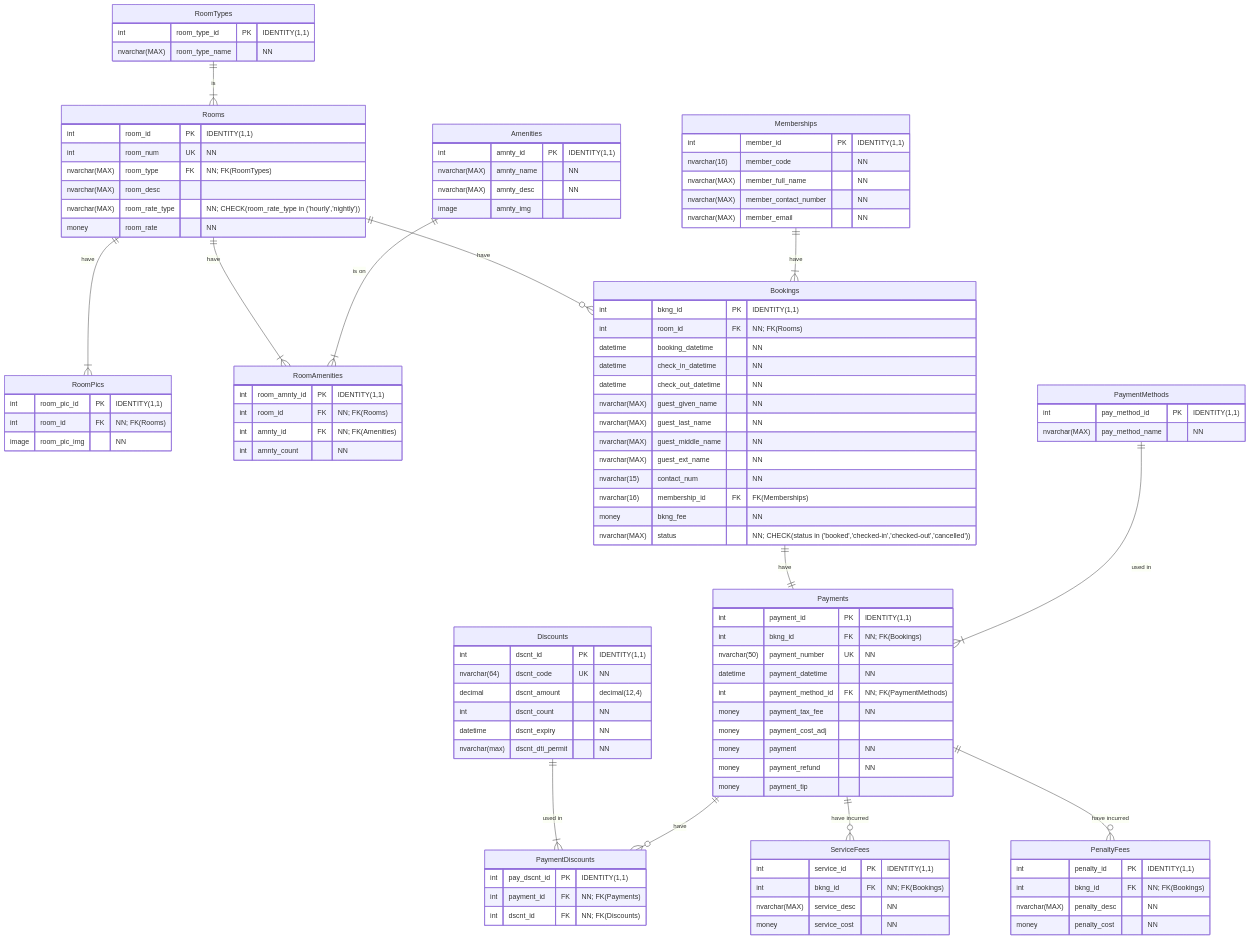
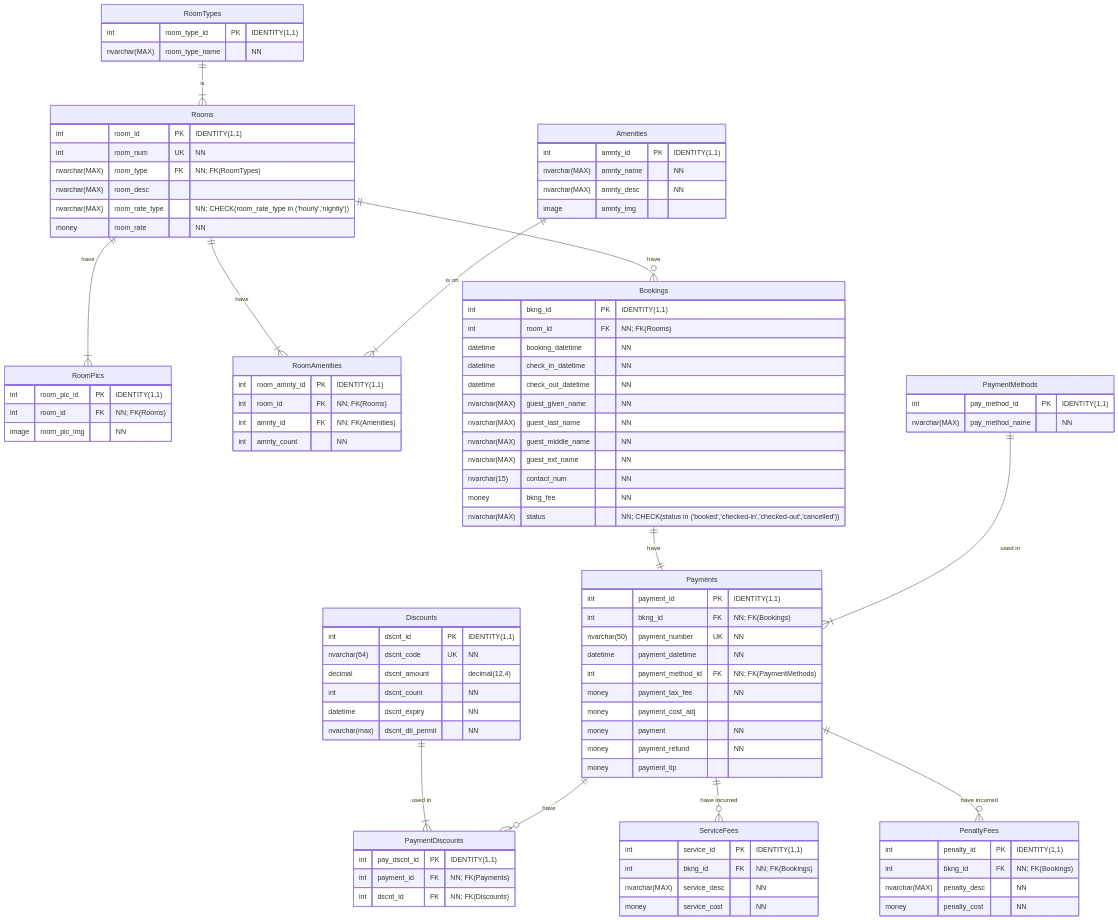
One commit to iooosef/mamamoo-hotel changed the diagram in docs/DatabaseDesign.md. Above: the diagram before and after it, drawn with Mermaid.

````diff
--- a/docs/DatabaseDesign.md
+++ b/docs/DatabaseDesign.md
@@ -41,7 +41,6 @@
         nvarchar(MAX) guest_middle_name "NN"
         nvarchar(MAX) guest_ext_name "NN"
         nvarchar(15) contact_num "NN"
-        nvarchar(16) membership_id FK "FK(Memberships)"
         money bkng_fee "NN"
         nvarchar(MAX) status "NN; CHECK(status in ('booked','checked-in','checked-out','cancelled'))"
     }
@@ -86,13 +85,6 @@
         int pay_method_id PK "IDENTITY(1,1)"
         nvarchar(MAX) pay_method_name "NN"
     }
-    Memberships {
-        int member_id PK "IDENTITY(1,1)"
-        nvarchar(16) member_code "NN"
-        nvarchar(MAX) member_full_name "NN"
-        nvarchar(MAX) member_contact_number "NN"
-        nvarchar(MAX) member_email "NN"
-    }
     RoomTypes ||--|{ Rooms  : "is"
     Rooms ||--|{ RoomAmenities : "have"
     Rooms ||--|{ RoomPics : "have"
@@ -104,5 +96,4 @@
     Payments ||--o{ ServiceFees : "have incurred"
     Payments ||--o{ PenaltyFees : "have incurred"
     PaymentMethods ||--|{ Payments  : "used in"
-    Memberships ||--|{ Bookings : "have"
 ```
````
